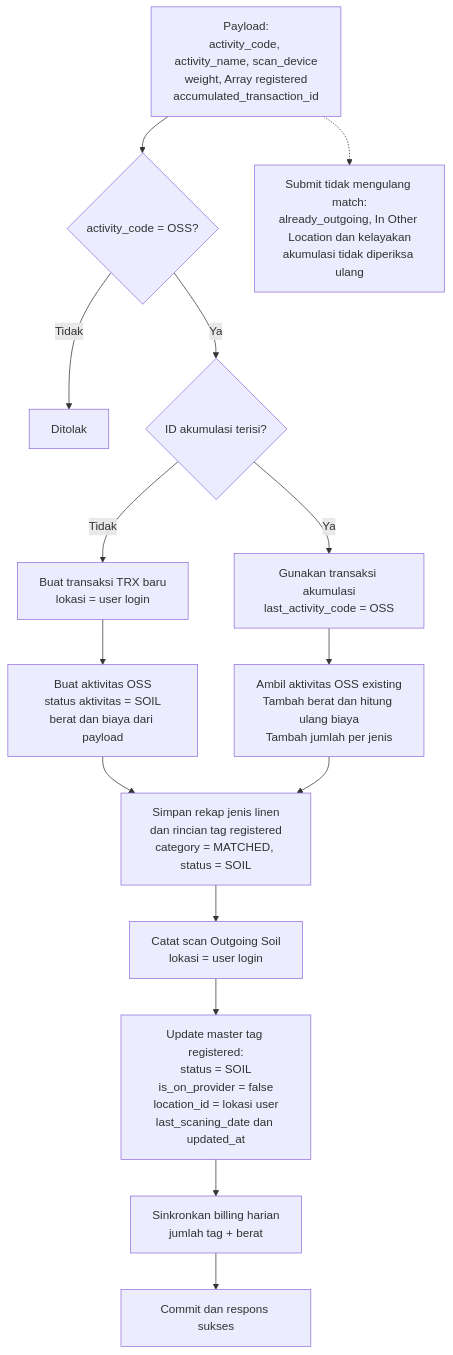
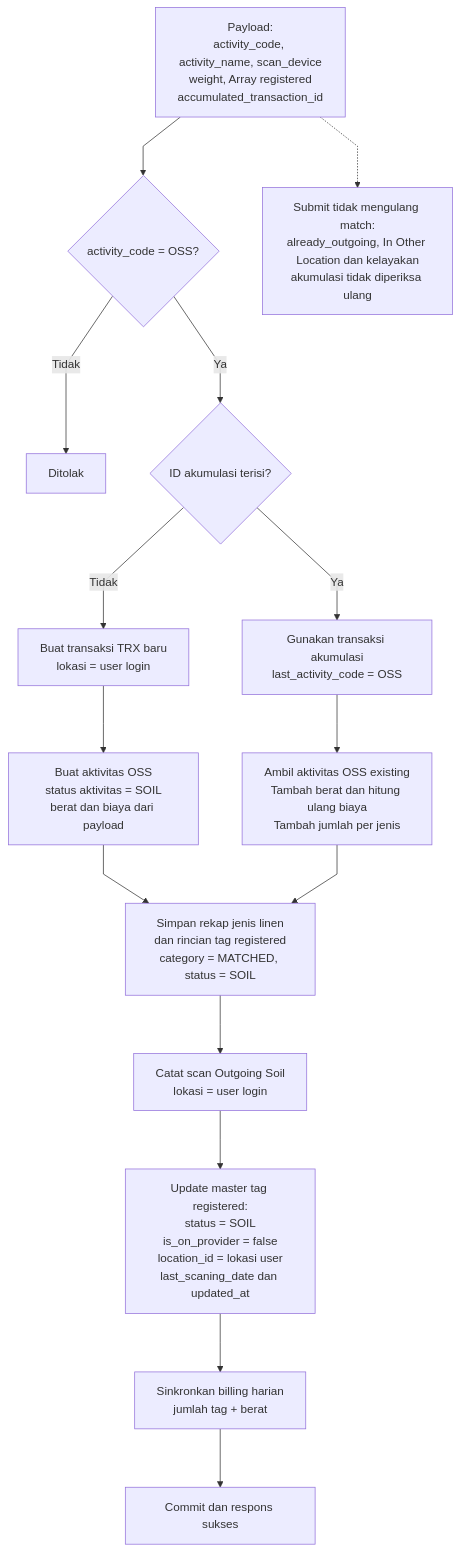
The second of 2 diagrams in laundry-activities/outgoing-soil.md (bagaskrmn/bac-flow-laundry), drawn with Mermaid before and after one commit. The commit also changed other lines of this file and 6 other files, not shown here.

````diff
--- a/laundry-activities/outgoing-soil.md
+++ b/laundry-activities/outgoing-soil.md
@@ -42,22 +43,23 @@
 ```mermaid
+%%{init: {'flowchart': {'curve': 'linear', 'nodeSpacing': 60, 'rankSpacing': 80, 'diagramPadding': 24}}}%%
 flowchart TD
     N_IN["Payload:<br/>activity_code, activity_name, scan_device<br/>weight, Array registered<br/>accumulated_transaction_id"]
     N_IN --> N_VALID{"activity_code = OSS?"}
     N_VALID -->|Tidak| N_REJECT["Ditolak"]
     N_VALID -->|Ya| N_MODE{"ID akumulasi terisi?"}
 
     N_MODE -->|Tidak| N_NEW["Buat transaksi TRX baru<br/>lokasi = user login"]
     N_NEW --> N_ACT["Buat aktivitas OSS<br/>status aktivitas = SOIL<br/>berat dan biaya dari payload"]
 
     N_MODE -->|Ya| N_OLD["Gunakan transaksi akumulasi<br/>last_activity_code = OSS"]
     N_OLD --> N_ADD["Ambil aktivitas OSS existing<br/>Tambah berat dan hitung ulang biaya<br/>Tambah jumlah per jenis"]
 
     N_ACT --> N_DETAIL["Simpan rekap jenis linen<br/>dan rincian tag registered<br/>category = MATCHED, status = SOIL"]
     N_ADD --> N_DETAIL
     N_DETAIL --> N_SCAN["Catat scan Outgoing Soil<br/>lokasi = user login"]
     N_SCAN --> N_MASTER["Update master tag registered:<br/>status = SOIL<br/>is_on_provider = false<br/>location_id = lokasi user<br/>last_scaning_date dan updated_at"]
     N_MASTER --> N_BILL["Sinkronkan billing harian<br/>jumlah tag + berat"]
     N_BILL --> N_DONE["Commit dan respons sukses"]
 
     N_IN -.-> N_TRUST["Submit tidak mengulang match:<br/>already_outgoing, In Other Location dan kelayakan<br/>akumulasi tidak diperiksa ulang"]
 ```
````
